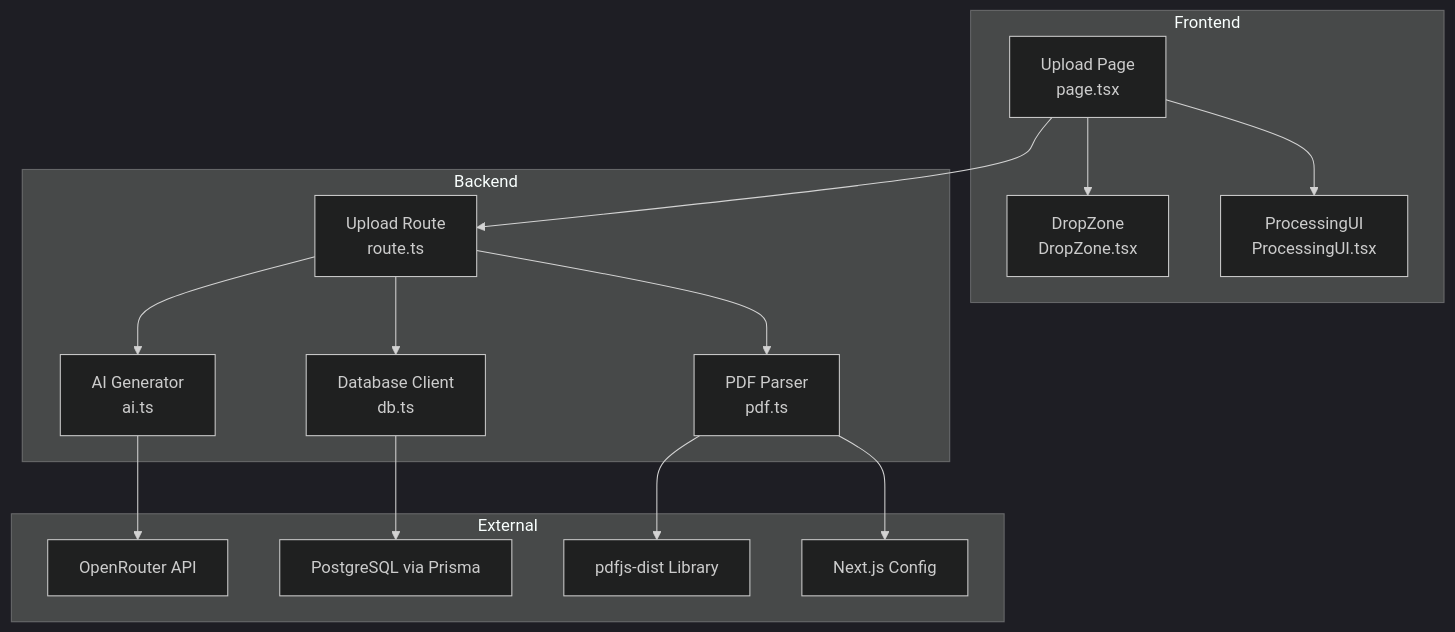
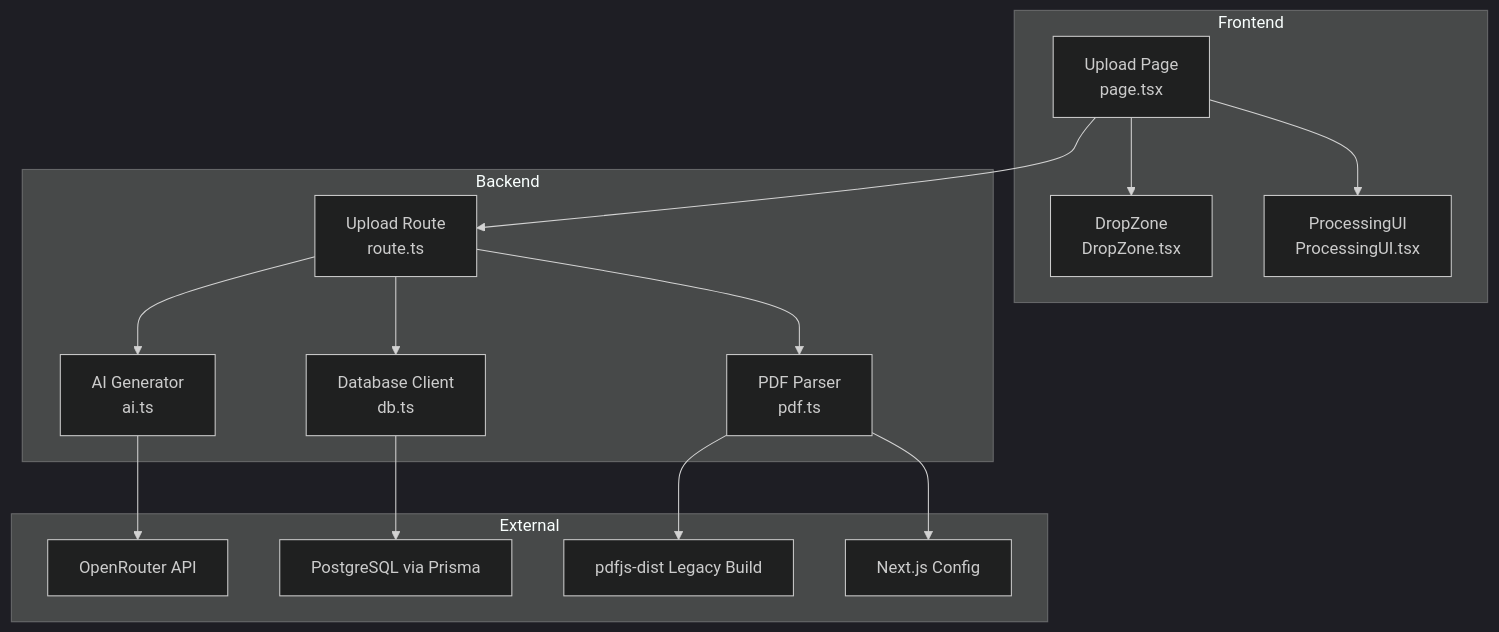
Before and after one commit to nitish-niraj/cumathassignment: the first of 4 diagrams in .qoder/repowiki/en/content/Core Features/PDF Upload and Processing.md, drawn with Mermaid (dark theme). The commit also changed other lines of this file and 3 other files, not shown here.

````diff
--- a/.qoder/repowiki/en/content/Core Features/PDF Upload and Processing.md
+++ b/.qoder/repowiki/en/content/Core Features/PDF Upload and Processing.md
@@ -51,30 +50,30 @@
 ```mermaid
 graph TB
 subgraph "Frontend"
 UI["Upload Page<br/>page.tsx"]
 DZ["DropZone<br/>DropZone.tsx"]
 PU["ProcessingUI<br/>ProcessingUI.tsx"]
 end
 subgraph "Backend"
 API["Upload Route<br/>route.ts"]
 PDF["PDF Parser<br/>pdf.ts"]
 AI["AI Generator<br/>ai.ts"]
 DB["Database Client<br/>db.ts"]
 end
 subgraph "External"
 OR["OpenRouter API"]
 PG["PostgreSQL via Prisma"]
-PDFJS["pdfjs-dist Library"]
+PDFJS["pdfjs-dist Legacy Build"]
 NEXT["Next.js Config"]
 end
 UI --> DZ
 UI --> PU
 UI --> API
 API --> PDF
 API --> AI
 API --> DB
 AI --> OR
 DB --> PG
 PDF --> PDFJS
 PDF --> NEXT
 ```
````
